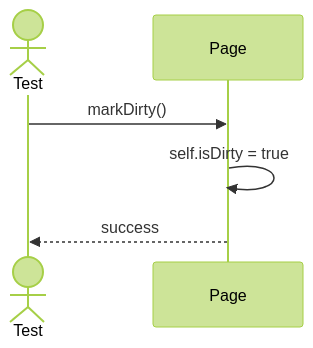
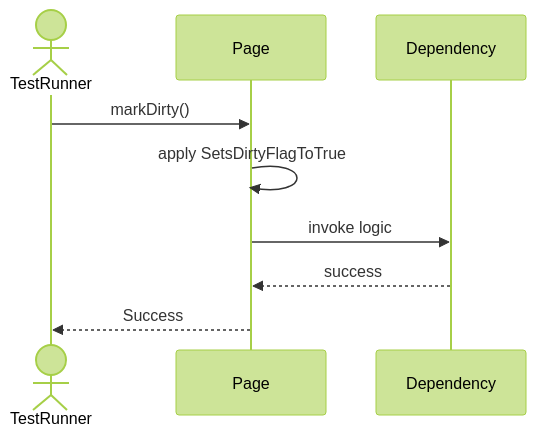
The second of 7 diagrams in Sequences/StorageEngine/Page.md (TamBui1706/DBMS), drawn with Mermaid (forest theme) before and after one commit. The commit also changed other lines of this file and 63 other files, not shown here.

Commit message:
Draw sequence diagram for unit tests

````diff
--- a/Sequences/StorageEngine/Page.md
+++ b/Sequences/StorageEngine/Page.md
@@ -27,9 +35,10 @@
 ```mermaid
 sequenceDiagram
-    actor Test
+    actor TestRunner
     participant Page
-
-    Test->>Page: markDirty()
-    Page->>Page: self.isDirty = true
-    Page-->>Test: success
+    TestRunner->>Page: markDirty()
+    Page->>Page: apply SetsDirtyFlagToTrue
+    Page->>Dependency: invoke logic
+    Dependency-->>Page: success
+    Page-->>TestRunner: Success
 ```
````
